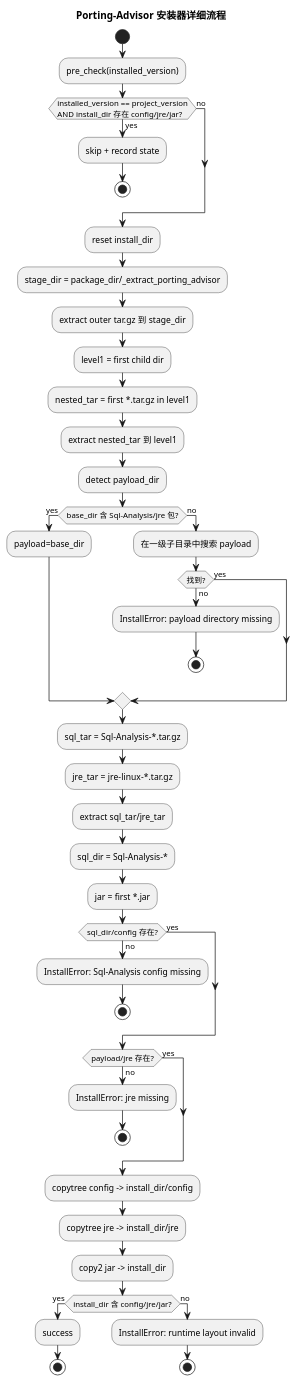
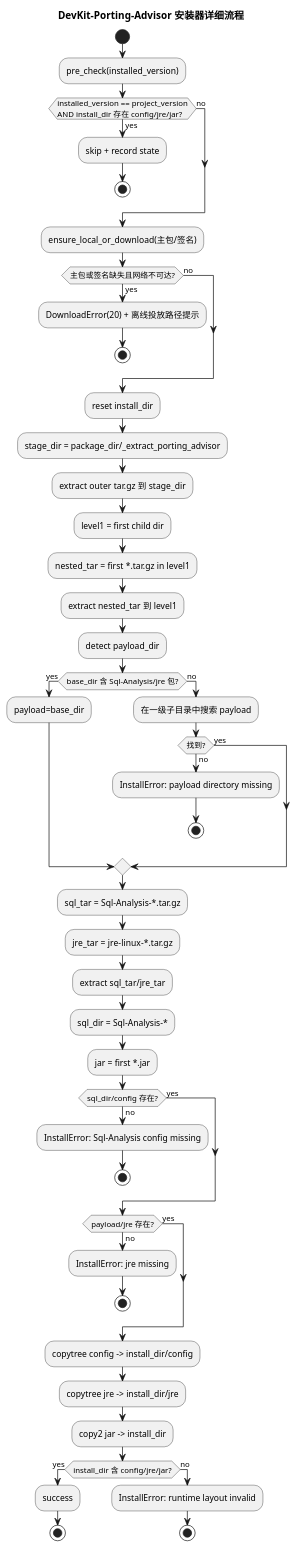
The diagram in docs/puml/porting_advisor_installer_activity.puml (F350150/package), drawn with PlantUML before and after one commit. The commit also changed 46 other files, not shown here.

Commit message:
feat: refactor installer flow and docs with offline-first runtime design

```diff
--- a/docs/puml/porting_advisor_installer_activity.puml
+++ b/docs/puml/porting_advisor_installer_activity.puml
@@ -1,62 +1,69 @@
 @startuml
 
-title Porting-Advisor 安装器详细流程
+title DevKit-Porting-Advisor 安装器详细流程
 
 start
 :pre_check(installed_version);
 if (installed_version == project_version\nAND install_dir 存在 config/jre/jar?) then (yes)
   :skip + record state;
+  stop
+else (no)
+endif
+
+:ensure_local_or_download(主包/签名);
+if (主包或签名缺失且网络不可达?) then (yes)
+  :DownloadError(20) + 离线投放路径提示;
   stop
 else (no)
 endif
 
 :reset install_dir;
 :stage_dir = package_dir/_extract_porting_advisor;
 :extract outer tar.gz 到 stage_dir;
 :level1 = first child dir;
 :nested_tar = first *.tar.gz in level1;
 :extract nested_tar 到 level1;
 
 :detect payload_dir;
 if (base_dir 含 Sql-Analysis/jre 包?) then (yes)
   :payload=base_dir;
 else (no)
   :在一级子目录中搜索 payload;
   if (找到?) then (yes)
   else (no)
     :InstallError: payload directory missing;
     stop
   endif
 endif
 
 :sql_tar = Sql-Analysis-*.tar.gz;
 :jre_tar = jre-linux-*.tar.gz;
 :extract sql_tar/jre_tar;
 :sql_dir = Sql-Analysis-*;
 :jar = first *.jar;
 
 if (sql_dir/config 存在?) then (yes)
 else (no)
   :InstallError: Sql-Analysis config missing;
   stop
 endif
 
 if (payload/jre 存在?) then (yes)
 else (no)
   :InstallError: jre missing;
   stop
 endif
 
 :copytree config -> install_dir/config;
 :copytree jre -> install_dir/jre;
 :copy2 jar -> install_dir;
 
 if (install_dir 含 config/jre/jar?) then (yes)
   :success;
   stop
 else (no)
   :InstallError: runtime layout invalid;
   stop
 endif
 
 @enduml
```
